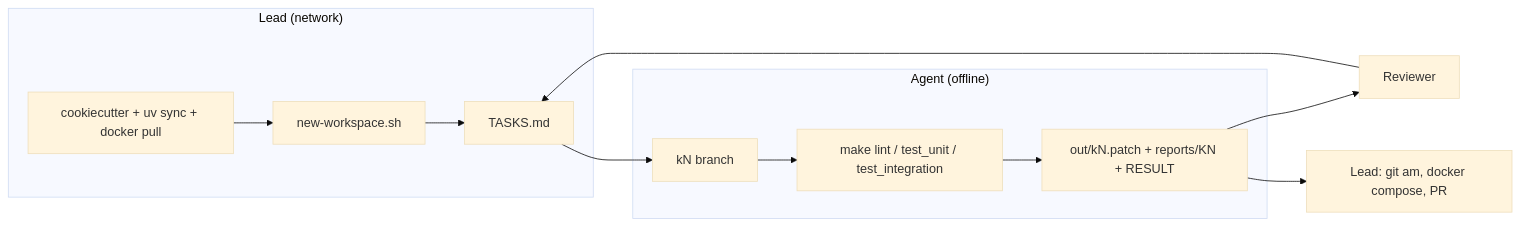
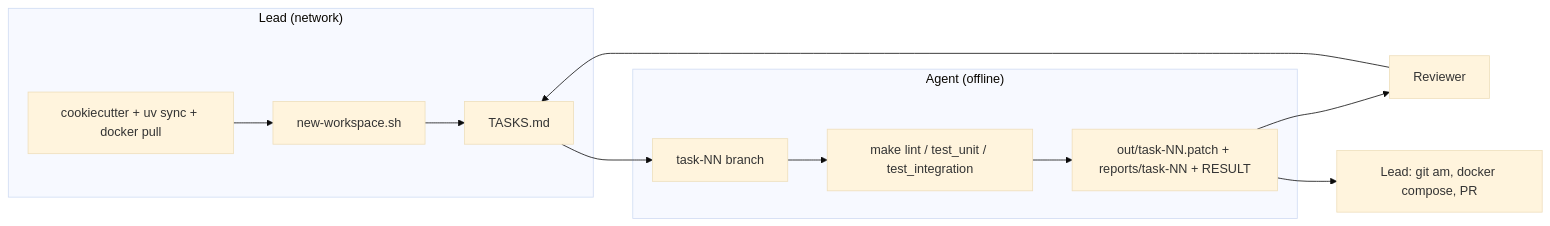
The diagram in example/EXAMPLE_AGENT_LAB.md (btech-software/autonomous-flow), drawn with Mermaid (base theme) before and after one commit. The commit also changed other lines of this file and 9 other files, not shown here.

````diff
--- a/example/EXAMPLE_AGENT_LAB.md
+++ b/example/EXAMPLE_AGENT_LAB.md
@@ -31,13 +31,13 @@
 ```mermaid
 flowchart LR
   subgraph Lead["Lead (network)"]
     S[cookiecutter + uv sync + docker pull] --> W[new-workspace.sh]
     W --> T[TASKS.md]
   end
   subgraph Agent["Agent (offline)"]
-    T --> K[kN branch] --> V["make lint / test_unit / test_integration"]
-    V --> P[out/kN.patch + reports/KN + RESULT]
+    T --> K[task-NN branch] --> V["make lint / test_unit / test_integration"]
+    V --> P[out/task-NN.patch + reports/task-NN + RESULT]
   end
   P --> R[Reviewer] --> T
   P --> M[Lead: git am, docker compose, PR]
 ```
````
